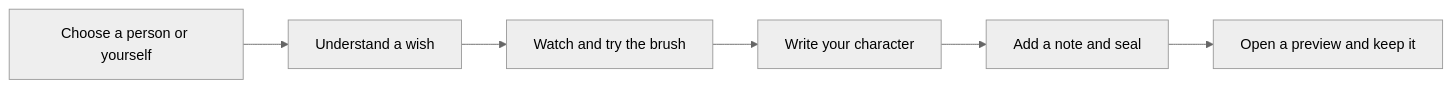
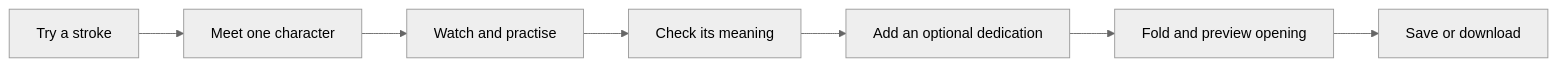
One commit to JiayingCC/AgentHomework changed the diagram in assignments/03-ink-and-wishes/notes/personal-learning-redesign.md. Above: the diagram before and after it, drawn with Mermaid (neutral theme). The commit also changed other lines of this file and 1 other file, not shown here.

````diff
--- a/assignments/03-ink-and-wishes/notes/personal-learning-redesign.md
+++ b/assignments/03-ink-and-wishes/notes/personal-learning-redesign.md
@@ -54,8 +67,9 @@
 ```mermaid
 flowchart LR
-  A[Choose a person or yourself] --> B[Understand a wish]
-  B --> C[Watch and try the brush]
-  C --> D[Write your character]
-  D --> E[Add a note and seal]
-  E --> F[Open a preview and keep it]
+  A[Try a stroke] --> B[Meet one character]
+  B --> C[Watch and practise]
+  C --> D[Check its meaning]
+  D --> E[Add an optional dedication]
+  E --> F[Fold and preview opening]
+  F --> G[Save or download]
 ```
````
